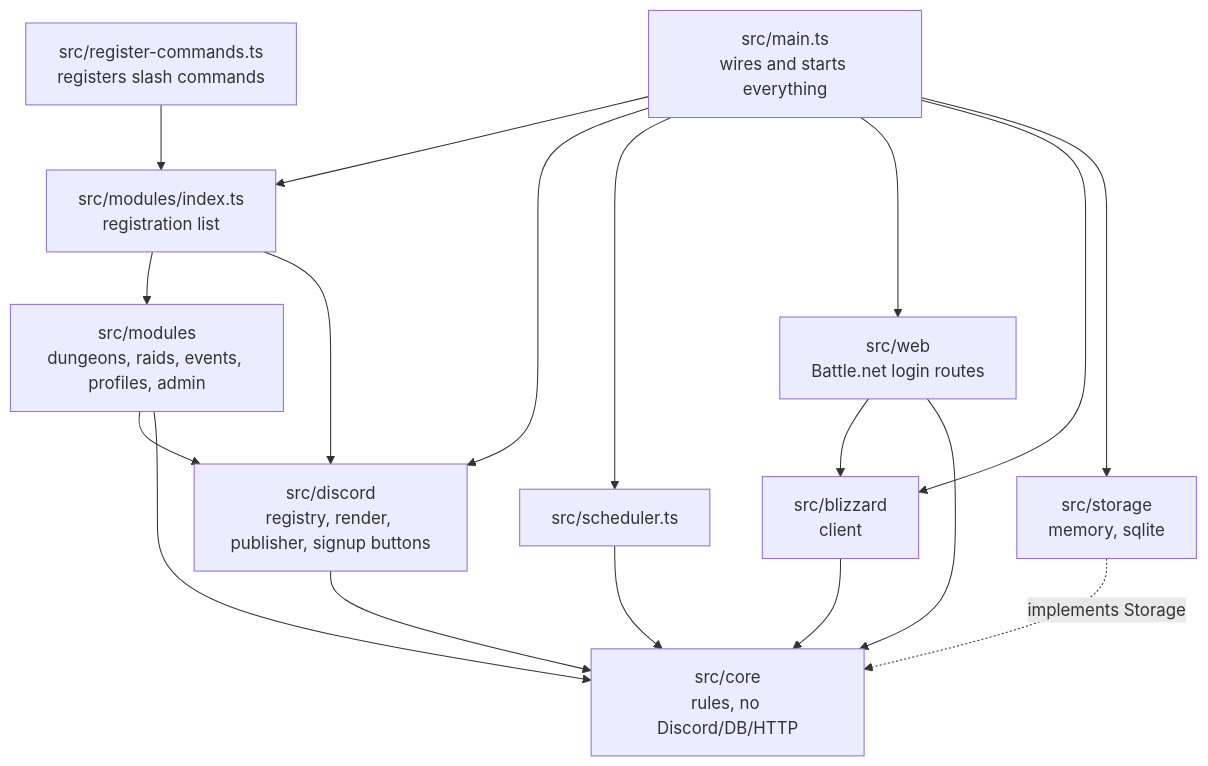
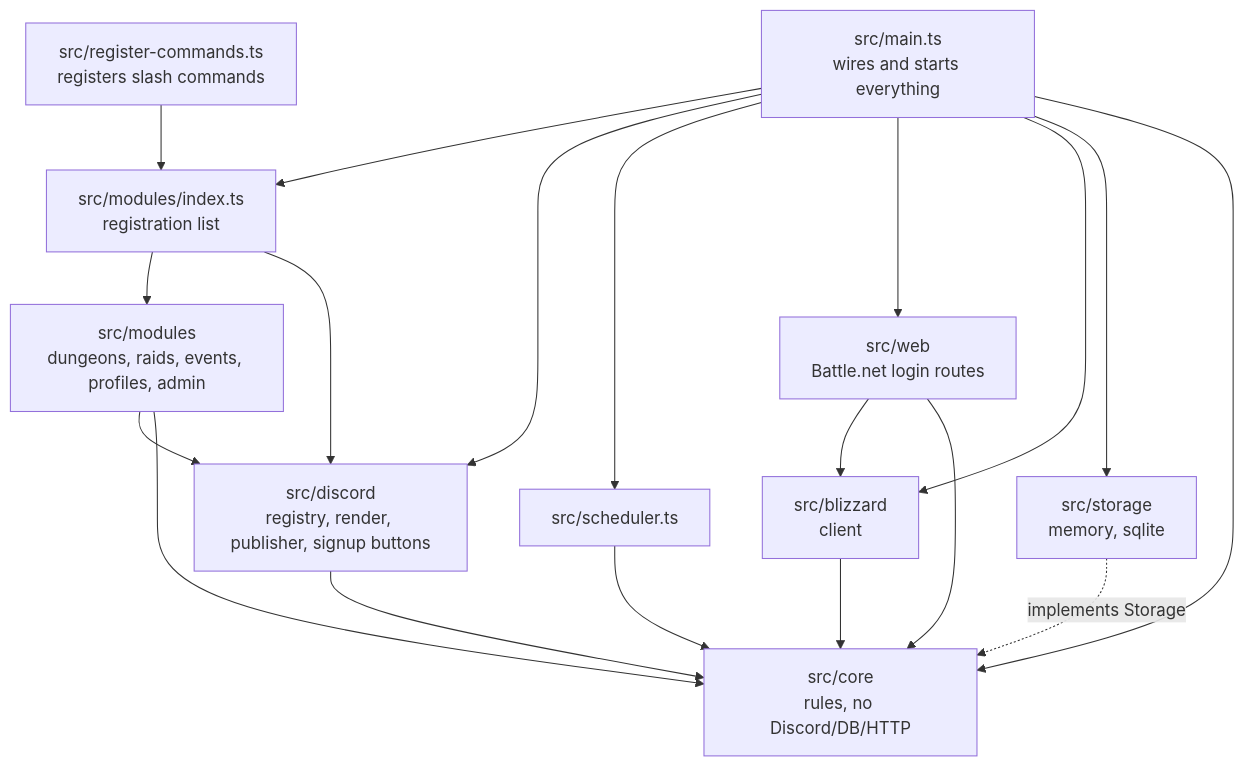
The second of 7 diagrams in docs/architecture/arc42.md (brookflok/dungeon-raid-discord-bot), drawn with Mermaid before and after one commit. The commit also changed other lines of this file and 5 other files, not shown here.

````diff
--- a/docs/architecture/arc42.md
+++ b/docs/architecture/arc42.md
@@ -99,31 +99,32 @@
 ```mermaid
 flowchart TD
     main[src/main.ts<br/>wires and starts everything]
     register[src/register-commands.ts<br/>registers slash commands]
     list[src/modules/index.ts<br/>registration list]
     modules[src/modules<br/>dungeons, raids, events, profiles, admin]
     discord[src/discord<br/>registry, render, publisher, signup buttons]
     web[src/web<br/>Battle.net login routes]
     blizzard[src/blizzard<br/>client]
     scheduler[src/scheduler.ts]
     storage[src/storage<br/>memory, sqlite]
     core[src/core<br/>rules, no Discord/DB/HTTP]
 
     main --> list
     register --> list
     list --> modules
     list --> discord
     main --> discord
     main --> scheduler
     main --> web
     main --> blizzard
     main --> storage
+    main --> core
     modules --> discord
     modules --> core
     discord --> core
     scheduler --> core
     web --> blizzard
     web --> core
     blizzard --> core
     storage -. implements Storage .-> core
 ```
````
